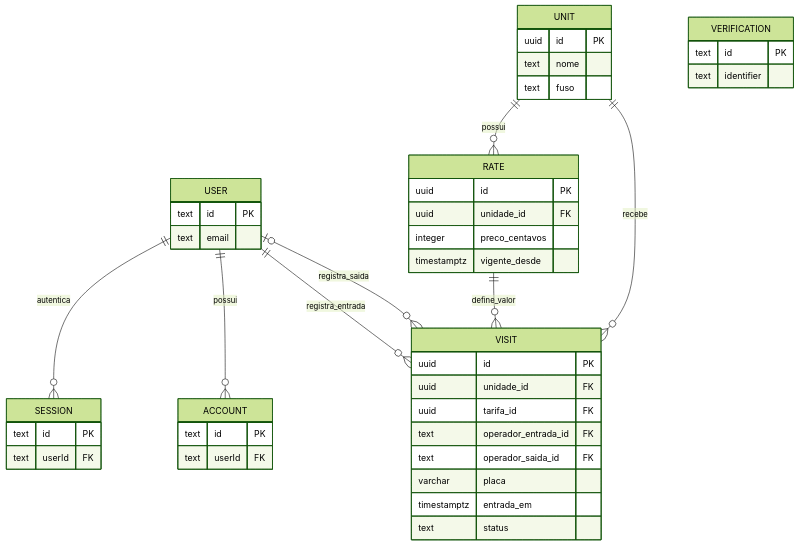
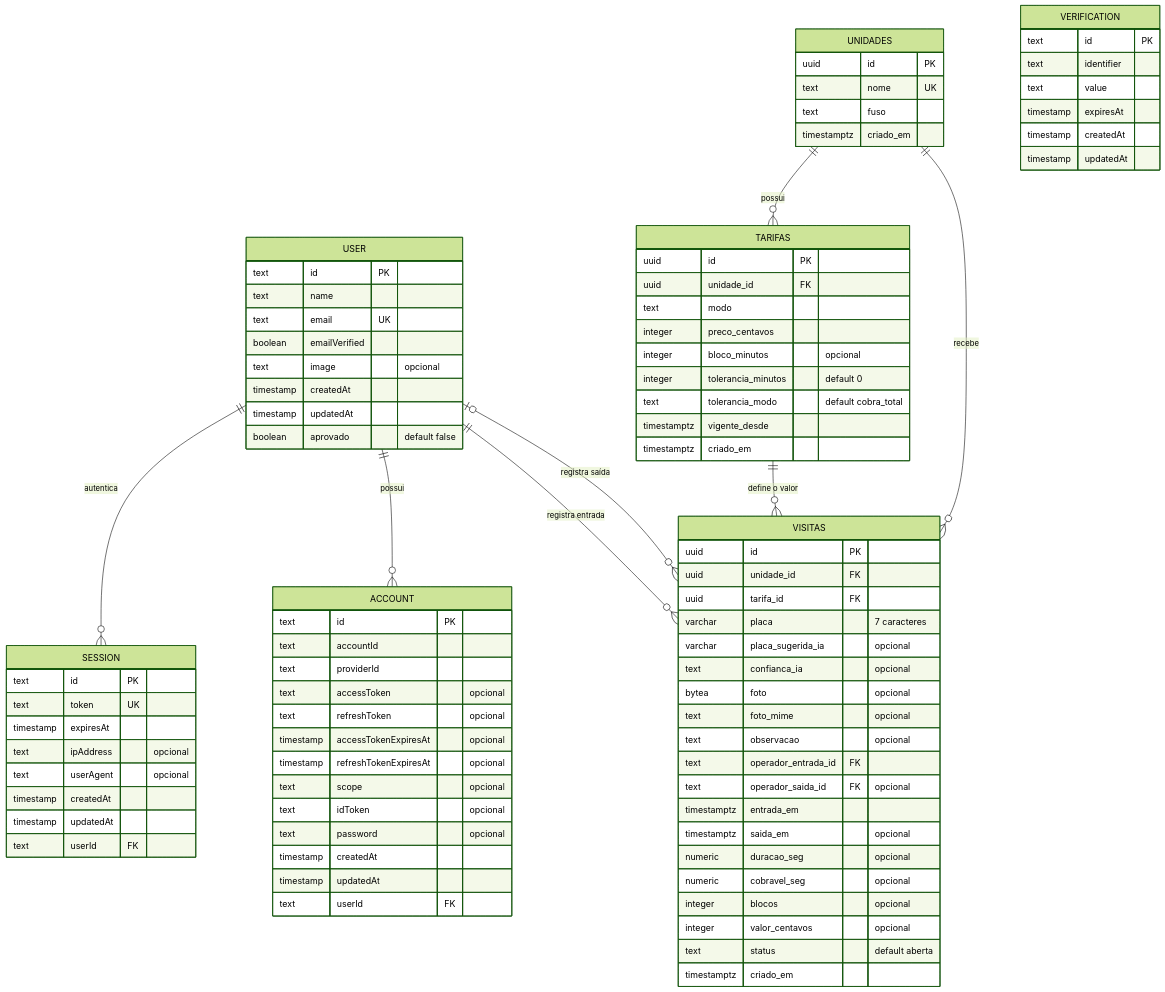
The second of 2 diagrams in README.md (arthur-fabricyo/VagaCerta), drawn with Mermaid (forest theme) before and after one commit. The commit also changed other lines of this file, not shown here.

````diff
--- a/README.md
+++ b/README.md
@@ -33,47 +40,92 @@
 ```mermaid
 erDiagram
-    USER ||--o{ SESSION : autentica
-    USER ||--o{ ACCOUNT : possui
-    USER ||--o{ VISIT : registra_entrada
-    USER |o--o{ VISIT : registra_saida
-    UNIT ||--o{ RATE : possui
-    UNIT ||--o{ VISIT : recebe
-    RATE ||--o{ VISIT : define_valor
+    USER ||--o{ SESSION : "autentica"
+    USER ||--o{ ACCOUNT : "possui"
+    USER ||--o{ VISITAS : "registra entrada"
+    USER |o--o{ VISITAS : "registra saída"
+    UNIDADES ||--o{ TARIFAS : "possui"
+    UNIDADES ||--o{ VISITAS : "recebe"
+    TARIFAS ||--o{ VISITAS : "define o valor"
+
     USER {
         text id PK
-        text email
+        text name
+        text email UK
+        boolean emailVerified
+        text image "opcional"
+        timestamp createdAt
+        timestamp updatedAt
+        boolean aprovado "default false"
     }
     SESSION {
         text id PK
+        text token UK
+        timestamp expiresAt
+        text ipAddress "opcional"
+        text userAgent "opcional"
+        timestamp createdAt
+        timestamp updatedAt
         text userId FK
     }
     ACCOUNT {
         text id PK
+        text accountId
+        text providerId
+        text accessToken "opcional"
+        text refreshToken "opcional"
+        timestamp accessTokenExpiresAt "opcional"
+        timestamp refreshTokenExpiresAt "opcional"
+        text scope "opcional"
+        text idToken "opcional"
+        text password "opcional"
+        timestamp createdAt
+        timestamp updatedAt
         text userId FK
     }
     VERIFICATION {
         text id PK
         text identifier
+        text value
+        timestamp expiresAt
+        timestamp createdAt
+        timestamp updatedAt
     }
-    UNIT {
+    UNIDADES {
         uuid id PK
-        text nome
+        text nome UK
         text fuso
+        timestamptz criado_em
     }
-    RATE {
+    TARIFAS {
         uuid id PK
         uuid unidade_id FK
+        text modo
         integer preco_centavos
+        integer bloco_minutos "opcional"
+        integer tolerancia_minutos "default 0"
+        text tolerancia_modo "default cobra_total"
         timestamptz vigente_desde
+        timestamptz criado_em
     }
-    VISIT {
+    VISITAS {
         uuid id PK
         uuid unidade_id FK
         uuid tarifa_id FK
+        varchar placa "7 caracteres"
+        varchar placa_sugerida_ia "opcional"
+        text confianca_ia "opcional"
+        bytea foto "opcional"
+        text foto_mime "opcional"
+        text observacao "opcional"
         text operador_entrada_id FK
-        text operador_saida_id FK
-        varchar placa
+        text operador_saida_id FK "opcional"
         timestamptz entrada_em
-        text status
+        timestamptz saida_em "opcional"
+        numeric duracao_seg "opcional"
+        numeric cobravel_seg "opcional"
+        integer blocos "opcional"
+        integer valor_centavos "opcional"
+        text status "default aberta"
+        timestamptz criado_em
     }
 ```
````
